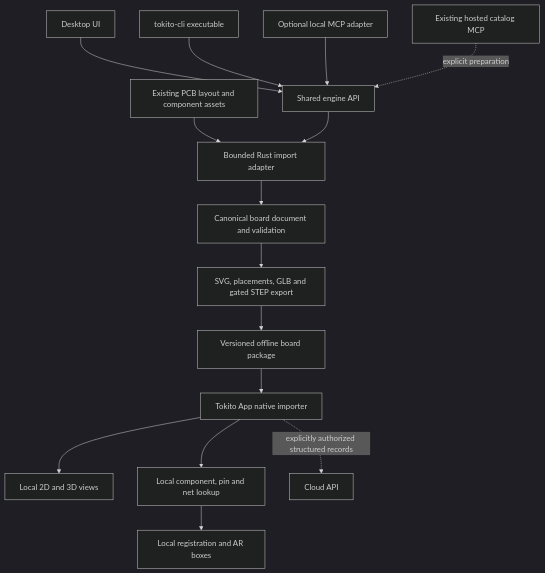
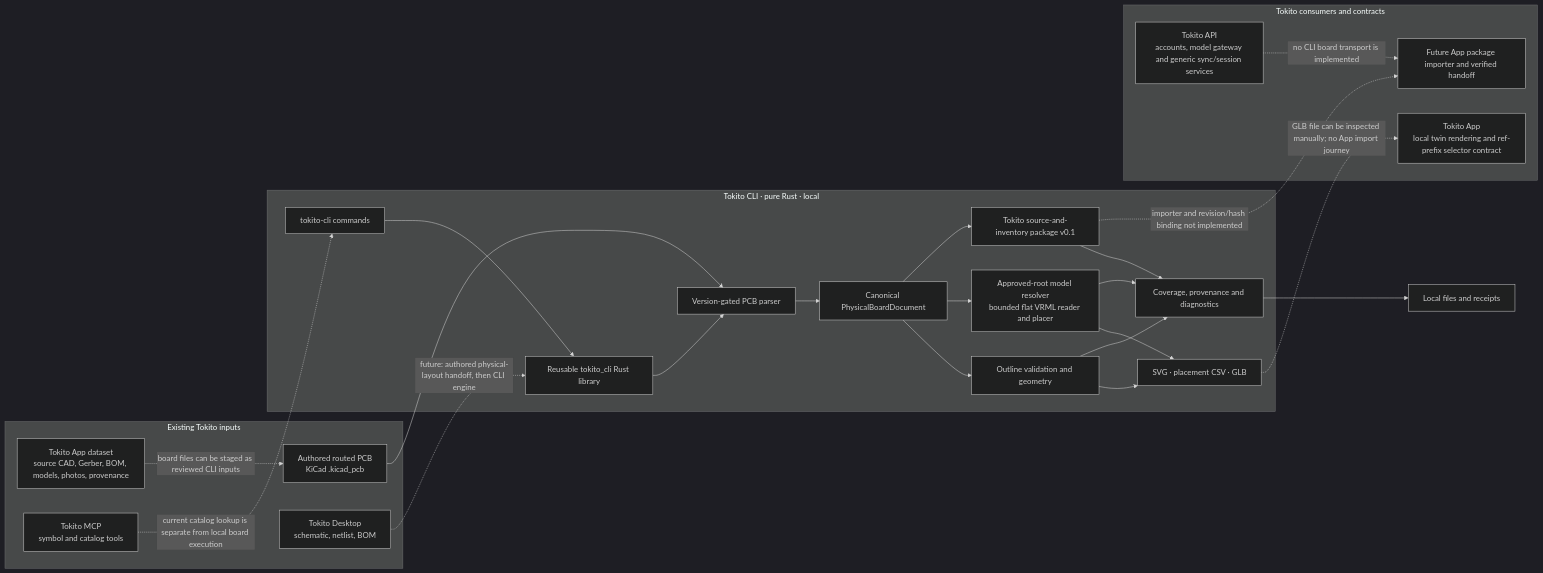
The first of 2 diagrams in docs/ARCHITECTURE.md (TokitoAI/tokito-cli), drawn with Mermaid (dark theme) before and after one commit. The commit also changed other lines of this file and 36 other files, not shown here.

First line of the commit message:
Add bounded VRML assemblies, BOM reconciliation and STEP qualification (#17)

````diff
--- a/docs/ARCHITECTURE.md
+++ b/docs/ARCHITECTURE.md
@@ -13,17 +7,43 @@
 ```mermaid
-flowchart TB
-    PCB[Existing PCB layout and component assets] --> Import[Bounded Rust import adapter]
-    Import --> Core[Canonical board document and validation]
-    Core --> Export[SVG, placements, GLB and gated STEP export]
-    Export --> Package[Versioned offline board package]
-    Desktop[Desktop UI] --> Engine[Shared engine API]
-    CLI[tokito-cli executable] --> Engine
-    MCP[Optional local MCP adapter] --> Engine
-    Engine --> Import
-    Catalog[Existing hosted catalog MCP] -. explicit preparation .-> Engine
-    Package --> Phone[Tokito App native importer]
-    Phone --> Views[Local 2D and 3D views]
-    Phone --> Lookup[Local component, pin and net lookup]
-    Lookup --> AR[Local registration and AR boxes]
-    Phone -. explicitly authorized structured records .-> Cloud[Cloud API]
+flowchart LR
+    subgraph Upstream[Existing Tokito inputs]
+        PCB[Authored routed PCB<br/>KiCad .kicad_pcb]
+        DATA[Tokito App dataset<br/>source CAD, Gerber, BOM, models, photos, provenance]
+        DESKTOP[Tokito Desktop<br/>schematic, netlist, BOM]
+        MCP[Tokito MCP<br/>symbol and catalog tools]
+    end
+
+    subgraph CLI[Tokito CLI · pure Rust · local]
+        CMD[tokito-cli commands]
+        API[Reusable tokito_cli Rust library]
+        IMPORT[Version-gated PCB parser]
+        DOC[Canonical PhysicalBoardDocument]
+        GEOM[Outline validation and geometry]
+        MODEL[Approved-root model resolver<br/>bounded flat VRML reader and placer]
+        EXPORT[SVG · placement CSV · GLB]
+        PACKAGE[Tokito source-and-inventory package v0.1]
+        REPORT[Coverage, provenance and diagnostics]
+        CMD --> API --> IMPORT --> DOC
+        DOC --> GEOM --> EXPORT
+        DOC --> MODEL --> EXPORT
+        DOC --> PACKAGE
+        GEOM --> REPORT
+        MODEL --> REPORT
+        PACKAGE --> REPORT
+    end
+
+    PCB --> IMPORT
+    DATA -. board files can be staged as reviewed CLI inputs .-> PCB
+    DESKTOP -. future: authored physical-layout handoff, then CLI engine .-> API
+    MCP -. current catalog lookup is separate from local board execution .-> CMD
+
+    subgraph Consumers[Tokito consumers and contracts]
+        APP[Tokito App<br/>local twin rendering and ref-prefix selector contract]
+        API_CLOUD[Tokito API<br/>accounts, model gateway and generic sync/session services]
+        FUTURE[Future App package importer and verified handoff]
+    end
+    EXPORT -. GLB file can be inspected manually; no App import journey .-> APP
+    PACKAGE -. importer and revision/hash binding not implemented .-> FUTURE
+    REPORT --> LOCAL[Local files and receipts]
+    API_CLOUD -. no CLI board transport is implemented .-> FUTURE
 ```
````
